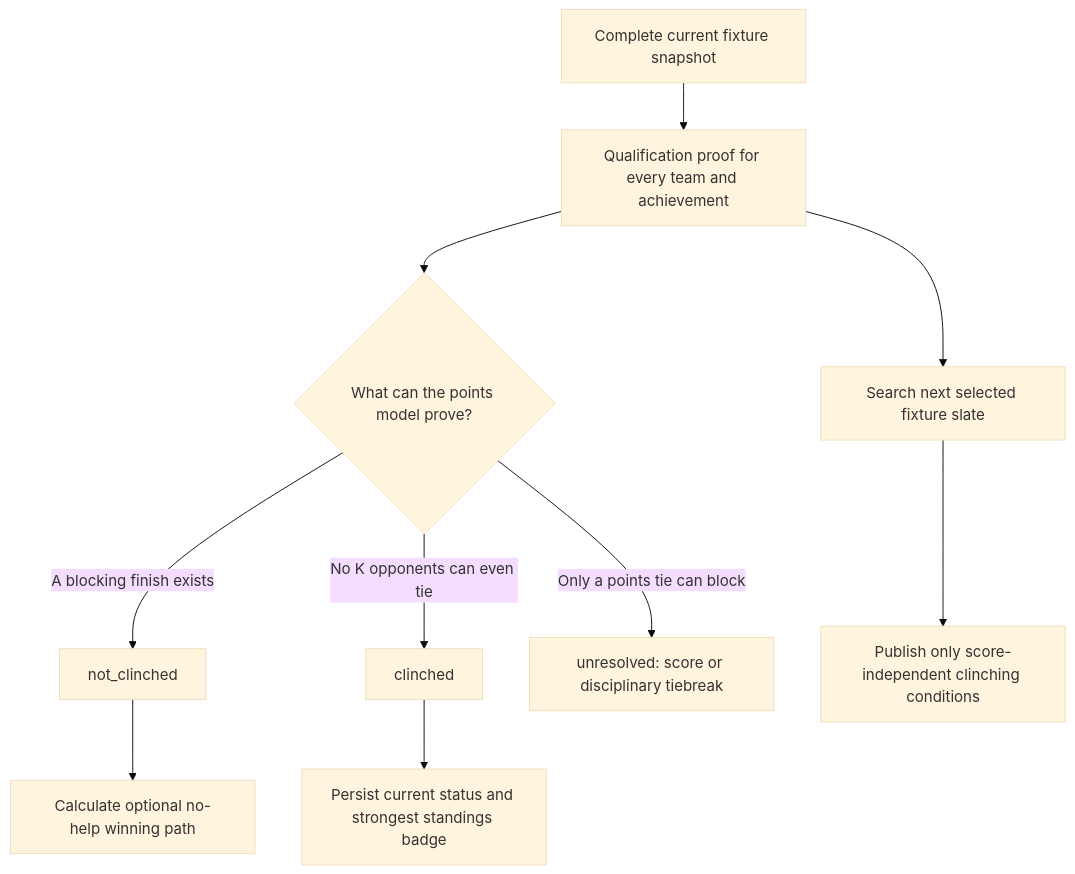
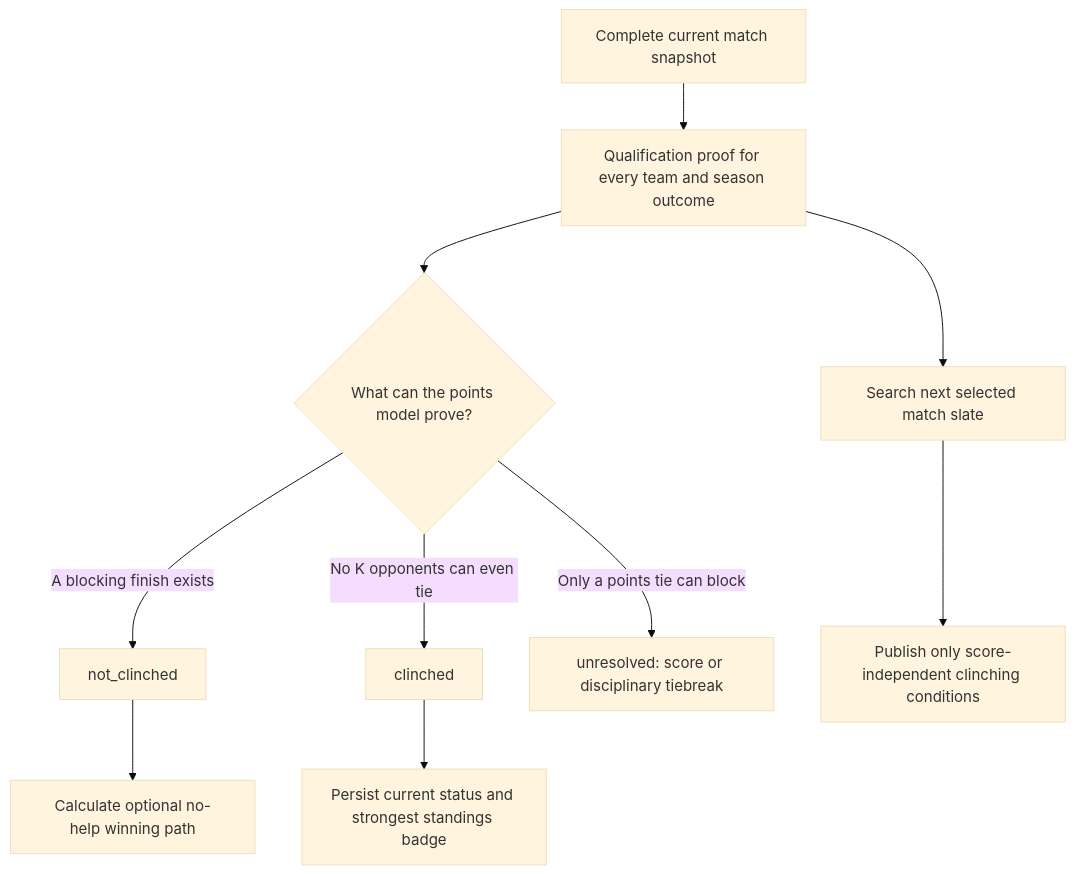
Before and after one commit to jrduncans/nwsl-season: the first of 5 diagrams in docs/clinching-logic-guide.md, drawn with Mermaid (base theme). The commit also changed other lines of this file and 10 other files, not shown here.

````diff
--- a/docs/clinching-logic-guide.md
+++ b/docs/clinching-logic-guide.md
@@ -31,12 +31,12 @@
 ```mermaid
 flowchart TD
-    A["Complete current fixture snapshot"] --> B["Qualification proof for every team and achievement"]
+    A["Complete current match snapshot"] --> B["Qualification proof for every team and season outcome"]
     B --> C{"What can the points model prove?"}
     C -->|A blocking finish exists| D["not_clinched"]
     C -->|No K opponents can even tie| E["clinched"]
     C -->|Only a points tie can block| F["unresolved: score or disciplinary tiebreak"]
     E --> G["Persist current status and strongest standings badge"]
     D --> H["Calculate optional no-help winning path"]
-    B --> I["Search next selected fixture slate"]
+    B --> I["Search next selected match slate"]
     I --> J["Publish only score-independent clinching conditions"]
 ```
````
